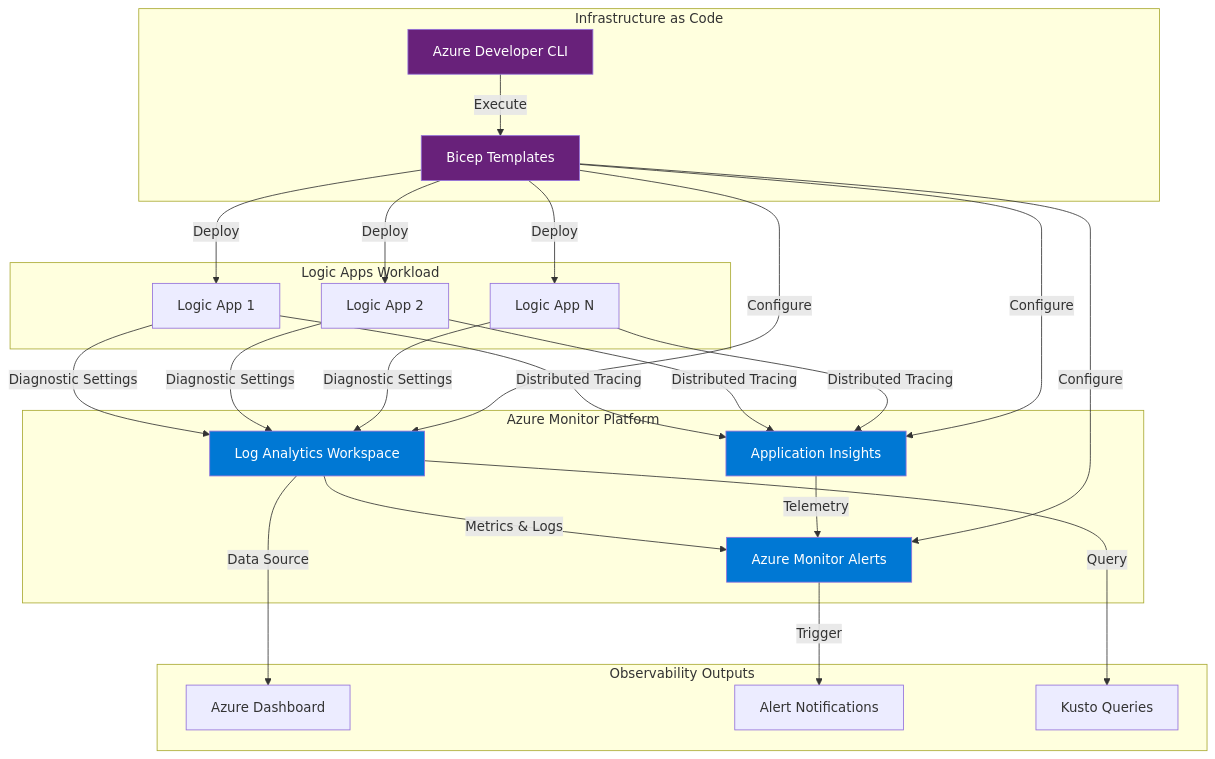
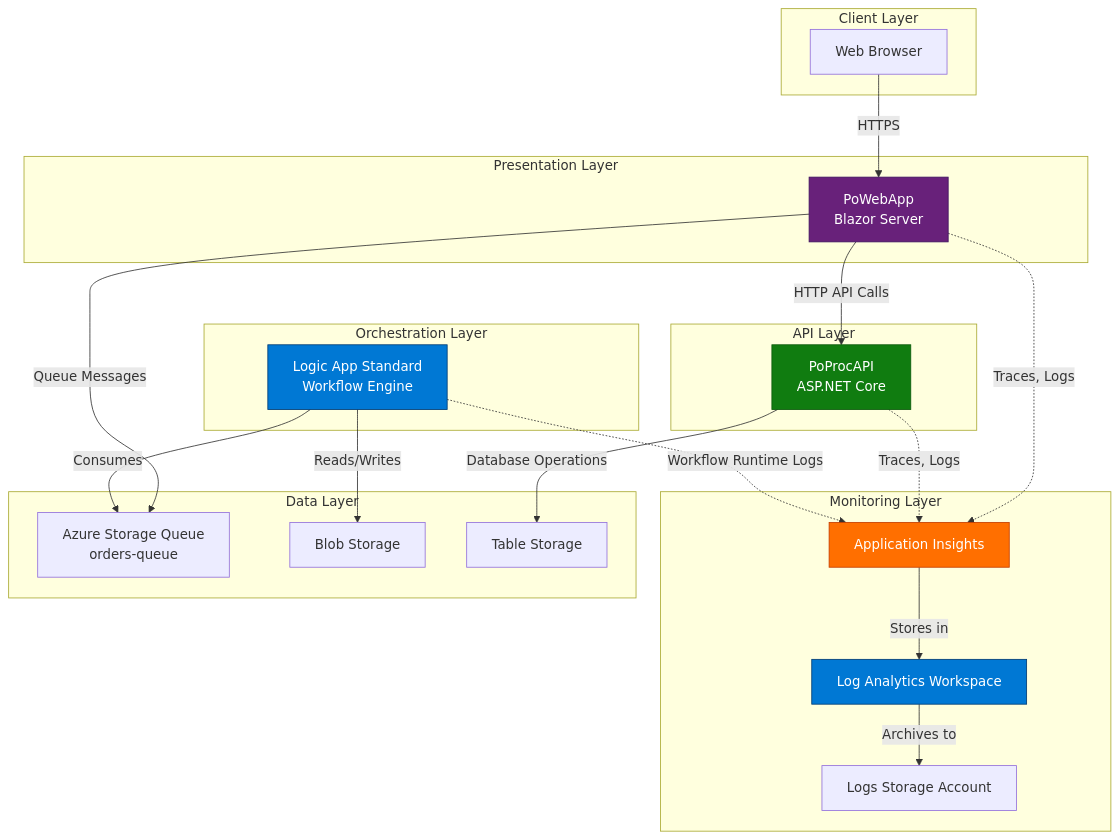
Before and after one commit to Evilazaro/Azure-LogicApps-Monitoring: the first of 2 diagrams in README.md, drawn with Mermaid. The commit also changed other lines of this file, not shown here.

````diff
--- a/README.md
+++ b/README.md
@@ -106,55 +121,49 @@
 ```mermaid
 graph TB
-    subgraph "Azure Monitor Platform"
-        LA[Log Analytics Workspace]
+    subgraph "Client Layer"
+        USER[Web Browser]
+    end
+
+    subgraph "Monitoring Layer"
+        LAWS[Log Analytics Workspace]
         AI[Application Insights]
-        AM[Azure Monitor Alerts]
+        STORAGE[Logs Storage Account]
     end
-    
-    subgraph "Logic Apps Workload"
-        LApp1[Logic App 1]
-        LApp2[Logic App 2]
-        LApp3[Logic App N]
+
+    subgraph "Presentation Layer"
+        WEBAPP[PoWebApp<br/>Blazor Server]
     end
-    
-    subgraph "Infrastructure as Code"
-        Bicep[Bicep Templates]
-        AZD[Azure Developer CLI]
+
+    subgraph "API Layer"
+        API[PoProcAPI<br/>ASP.NET Core]
     end
-    
-    subgraph "Observability Outputs"
-        Dashboard[Azure Dashboard]
-        Alerts[Alert Notifications]
-        Queries[Kusto Queries]
+
+    subgraph "Orchestration Layer"
+        LOGICAPP[Logic App Standard<br/>Workflow Engine]
     end
-    
-    LApp1 -->|Diagnostic Settings| LA
-    LApp2 -->|Diagnostic Settings| LA
-    LApp3 -->|Diagnostic Settings| LA
-    
-    LApp1 -->|Distributed Tracing| AI
-    LApp2 -->|Distributed Tracing| AI
-    LApp3 -->|Distributed Tracing| AI
-    
-    LA -->|Metrics & Logs| AM
-    AI -->|Telemetry| AM
-    
-    AM -->|Trigger| Alerts
-    LA -->|Data Source| Dashboard
-    LA -->|Query| Queries
-    
-    Bicep -->|Deploy| LApp1
-    Bicep -->|Deploy| LApp2
-    Bicep -->|Deploy| LApp3
-    Bicep -->|Configure| LA
-    Bicep -->|Configure| AI
-    Bicep -->|Configure| AM
-    
-    AZD -->|Execute| Bicep
-    
-    style LA fill:#0078d4,color:#fff
-    style AI fill:#0078d4,color:#fff
-    style AM fill:#0078d4,color:#fff
-    style Bicep fill:#68217a,color:#fff
-    style AZD fill:#68217a,color:#fff
+
+    subgraph "Data Layer"
+        QUEUE[Azure Storage Queue<br/>orders-queue]
+        BLOB[Blob Storage]
+        TABLE[Table Storage]
+    end
+
+    USER -->|HTTPS| WEBAPP
+    WEBAPP -->|HTTP API Calls| API
+    WEBAPP -->|Queue Messages| QUEUE
+    API -->|Database Operations| TABLE
+    LOGICAPP -->|Consumes| QUEUE
+    LOGICAPP -->|Reads/Writes| BLOB
+
+    WEBAPP -.->|Traces, Logs| AI
+    API -.->|Traces, Logs| AI
+    LOGICAPP -.->|Workflow Runtime Logs| AI
+    AI -->|Stores in| LAWS
+    LAWS -->|Archives to| STORAGE
+
+    style LAWS fill:#0078D4,stroke:#003B73,color:#fff
+    style AI fill:#FF6F00,stroke:#C43E00,color:#fff
+    style WEBAPP fill:#68217A,stroke:#3E145F,color:#fff
+    style API fill:#107C10,stroke:#0B5A0B,color:#fff
+    style LOGICAPP fill:#0078D4,stroke:#003B73,color:#fff
 ```
````
